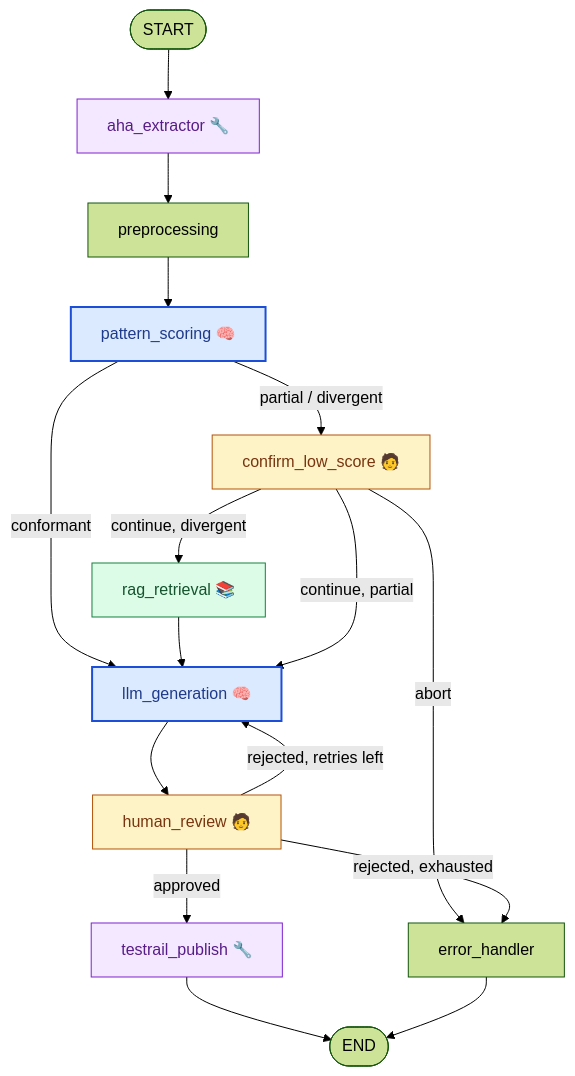
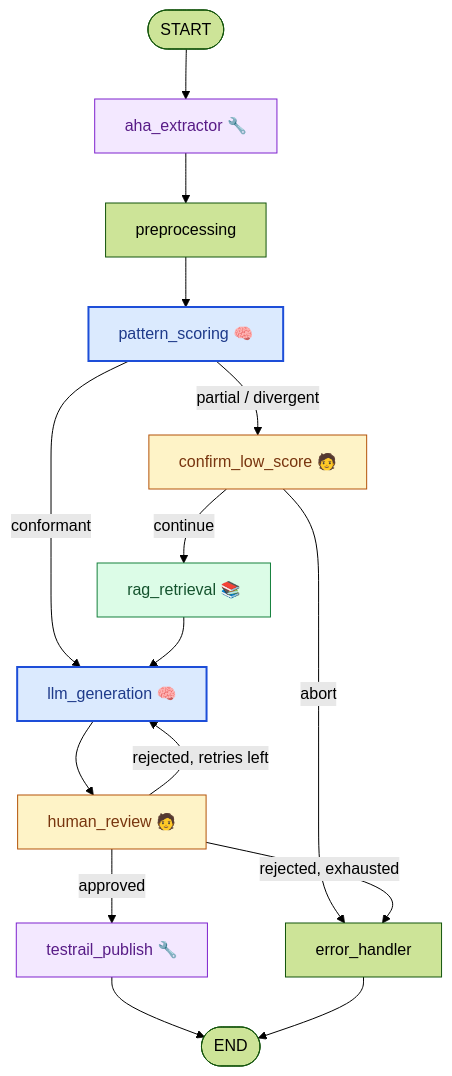
One commit to luiz-bonfioli/infoq-capstone changed the diagram in README.md. Above: the diagram before and after it, drawn with Mermaid (forest theme). The commit also changed other lines of this file and 14 other files, not shown here.

````diff
--- a/README.md
+++ b/README.md
@@ -21,24 +21,23 @@
 ```mermaid
 flowchart TD
     START([START]) --> aha_extractor["aha_extractor 🔧"]
     aha_extractor --> preprocessing --> pattern_scoring["pattern_scoring 🧠"]
     pattern_scoring -- conformant --> llm_generation["llm_generation 🧠"]
     pattern_scoring -- partial / divergent --> confirm_low_score["confirm_low_score 🧑"]
     confirm_low_score -- abort --> error_handler
-    confirm_low_score -- continue, divergent --> rag_retrieval["rag_retrieval 📚"] --> llm_generation
-    confirm_low_score -- continue, partial --> llm_generation
+    confirm_low_score -- continue --> rag_retrieval["rag_retrieval 📚"] --> llm_generation
     llm_generation --> human_review["human_review 🧑"]
     human_review -- approved --> testrail_publish["testrail_publish 🔧"] --> END([END])
     human_review -- rejected, retries left --> llm_generation
     human_review -- rejected, exhausted --> error_handler
     error_handler --> END
 
     classDef chatllm fill:#dbeafe,stroke:#1d4ed8,stroke-width:2px,color:#1e3a8a;
     classDef embedding fill:#dcfce7,stroke:#15803d,color:#14532d;
     classDef human fill:#fef3c7,stroke:#b45309,color:#78350f;
     classDef tool fill:#f3e8ff,stroke:#7e22ce,color:#581c87;
     class pattern_scoring,llm_generation chatllm;
     class rag_retrieval embedding;
     class confirm_low_score,human_review human;
     class aha_extractor,testrail_publish tool;
 ```
````
